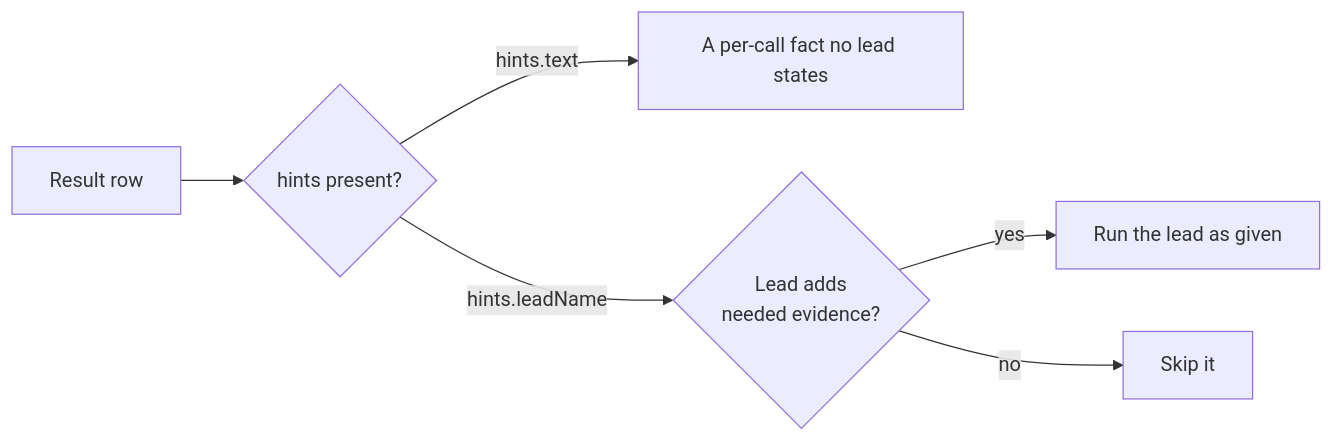
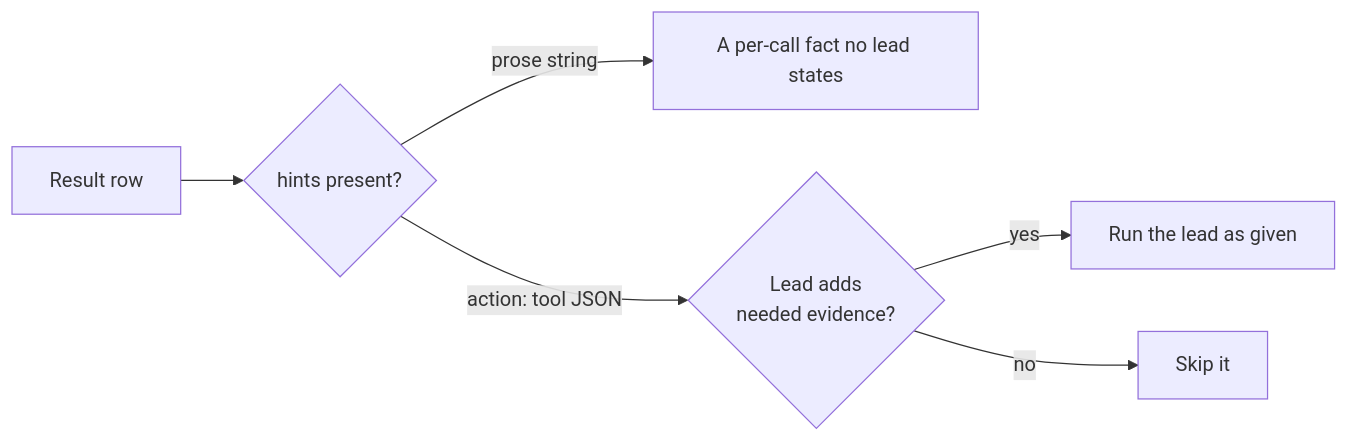
One commit to bgauryy/octocode-mcp changed the seventh of 8 diagrams in docs/OCTOCODE_WORKFLOWS.md. Above: the diagram before and after it, drawn with Mermaid. The commit also changed other lines of this file and 523 other files, not shown here.

````diff
--- a/docs/OCTOCODE_WORKFLOWS.md
+++ b/docs/OCTOCODE_WORKFLOWS.md
@@ -218,8 +218,8 @@
 ```mermaid
 flowchart LR
   R[Result row] --> H{hints present?}
-  H -- "hints.text" --> T[A per-call fact no lead states]
-  H -- "hints.leadName" --> L{Lead adds<br/>needed evidence?}
+  H -- "prose string" --> T[A per-call fact no lead states]
+  H -- "action: tool JSON" --> L{Lead adds<br/>needed evidence?}
   L -- yes --> RUN[Run the lead as given]
   L -- no --> S[Skip it]
 ```
````
